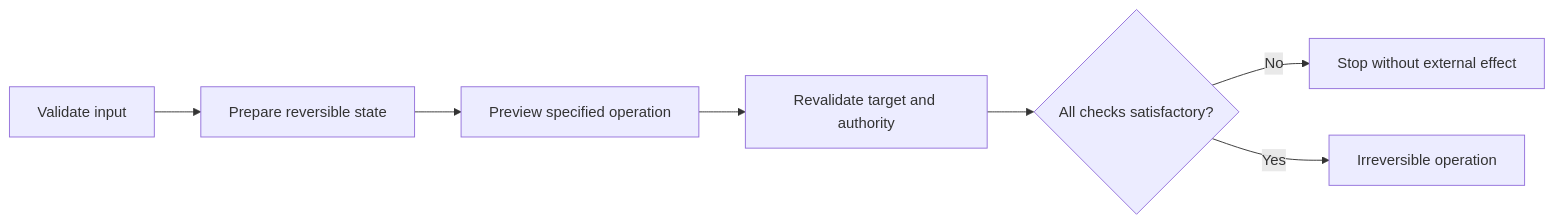
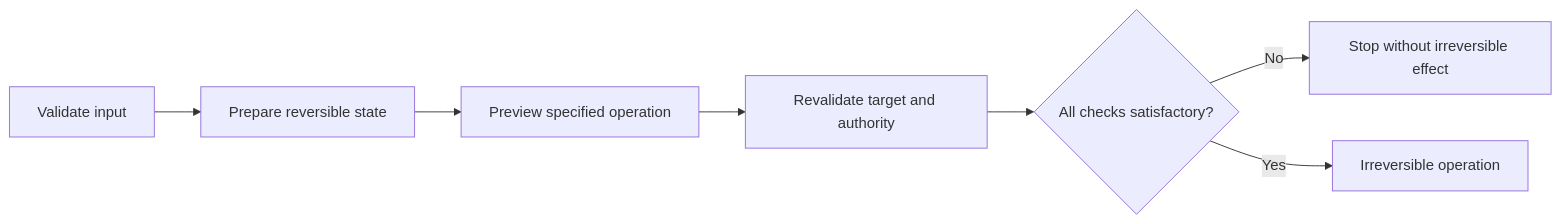
One commit to HomericIntelligence/Athena changed the diagram in docs/principles/details/p083-irreversible-actions-last.md. Above: the diagram before and after it, drawn with Mermaid. The commit also changed other lines of this file and 53 other files, not shown here.

````diff
--- a/docs/principles/details/p083-irreversible-actions-last.md
+++ b/docs/principles/details/p083-irreversible-actions-last.md
@@ -38,9 +38,9 @@
 ```mermaid
 flowchart LR
     A["Validate input"] --> B["Prepare reversible state"]
     B --> C["Preview specified operation"]
     C --> D["Revalidate target and authority"]
     D --> E{"All checks satisfactory?"}
-    E -->|No| F["Stop without external effect"]
+    E -->|No| F["Stop without irreversible effect"]
     E -->|Yes| G["Irreversible operation"]
 ```
````
